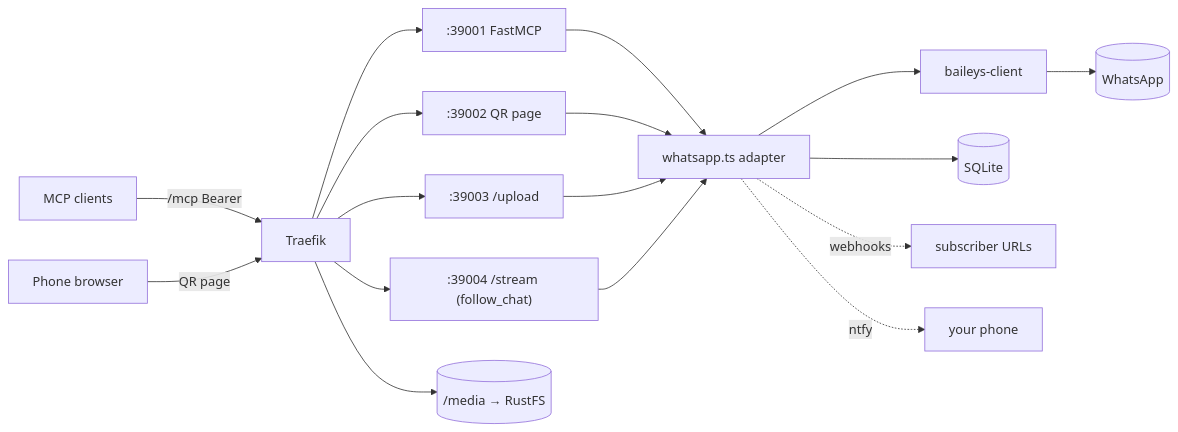
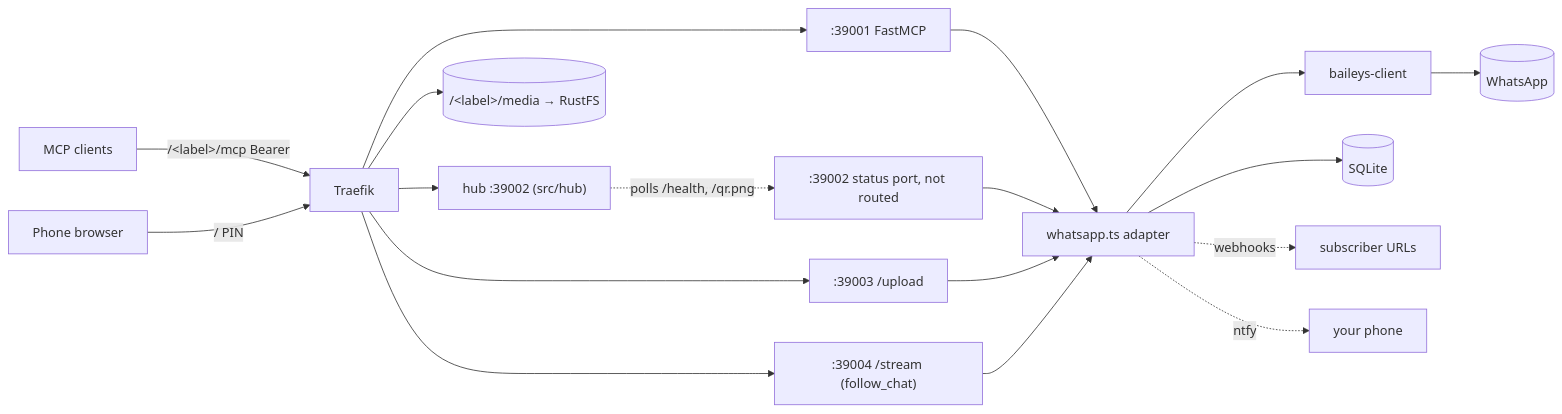
One commit to eusoubrasileiro/whatsapp-mcp changed the diagram in CLAUDE.md. Above: the diagram before and after it, drawn with Mermaid. The commit also changed other lines of this file and 11 other files, not shown here.

First line of the commit message:
docs: one host, one store per number, hub with PIN

````diff
--- a/CLAUDE.md
+++ b/CLAUDE.md
@@ -34,14 +38,15 @@
 ```mermaid
 flowchart LR
-  C[MCP clients] -->|/mcp Bearer| T[Traefik]
-  P[Phone browser] -->|QR page| T
+  C[MCP clients] -->|"/&lt;label&gt;/mcp Bearer"| T[Traefik]
+  P[Phone browser] -->|"/ PIN"| T
+  T --> HUB["hub :39002 (src/hub)"]
   T --> M[":39001 FastMCP"]
-  T --> Q[":39002 QR page"]
   T --> U[":39003 /upload"]
   T --> S[":39004 /stream (follow_chat)"]
-  T --> R[("/media → RustFS")]
+  T --> R[("/&lt;label&gt;/media → RustFS")]
+  HUB -. "polls /health, /qr.png" .-> Q[":39002 status port, not routed"]
   M & Q & U & S --> W[whatsapp.ts adapter] --> B[baileys-client] --> WA[(WhatsApp)]
   W --> DB[(SQLite)]
   W -. webhooks .-> H[subscriber URLs]
   W -. ntfy .-> N[your phone]
 ```
````
